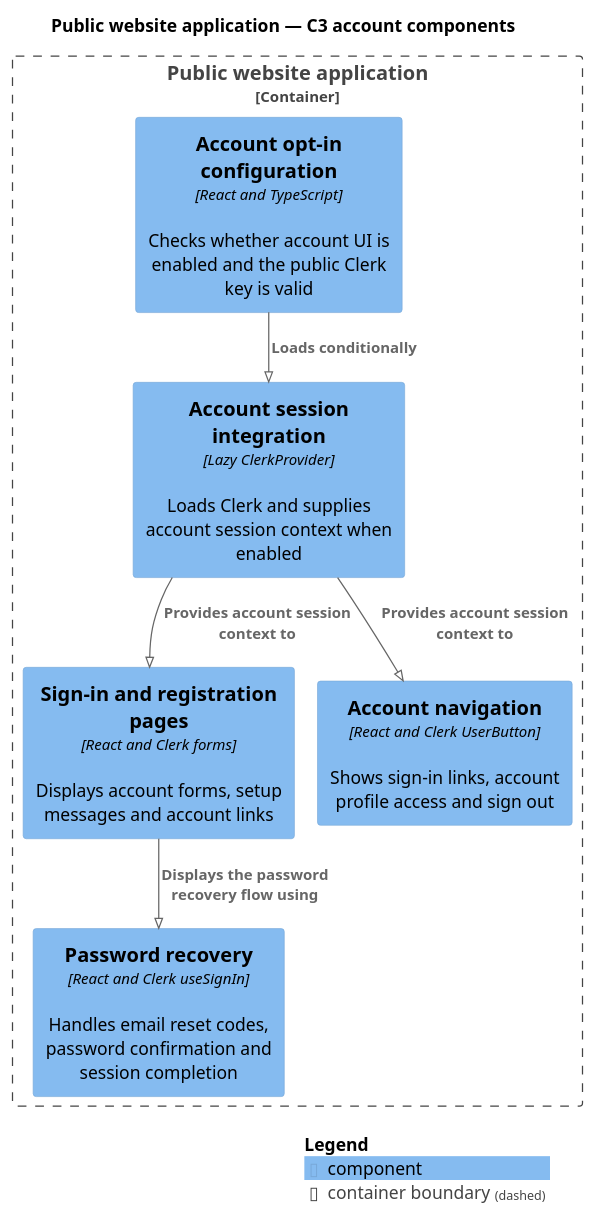
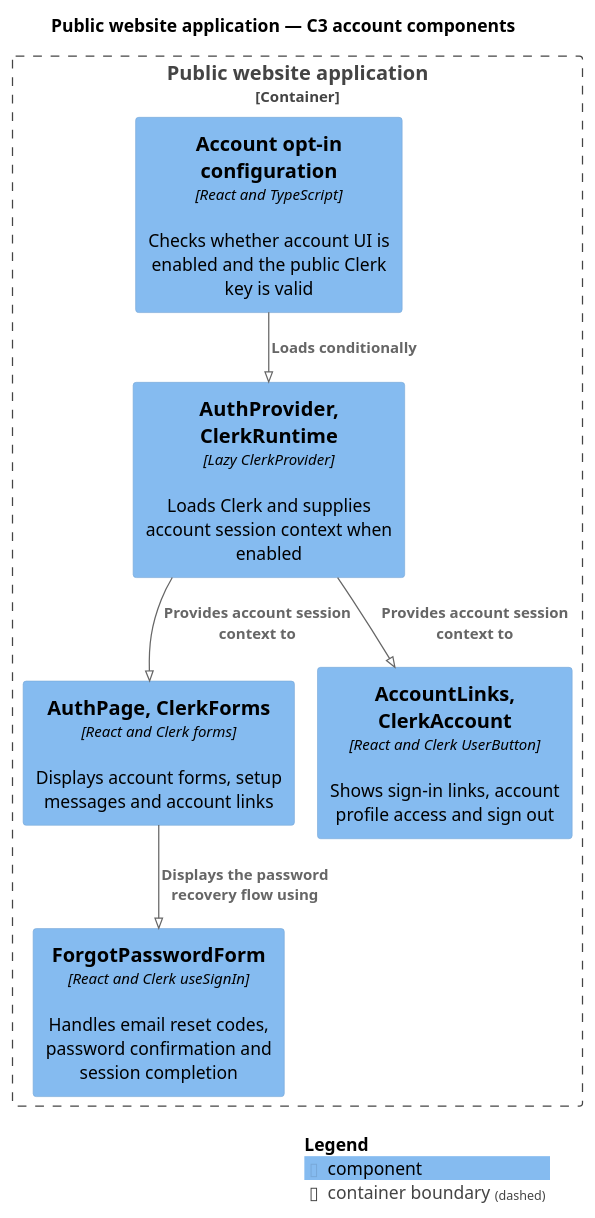
Before and after one commit to szabototo89/woodbrook-residents: the diagram in docs/handoffs/clerk-authentication/assets/c3-components.puml, drawn with PlantUML. The commit also changed 24 other files, not shown here.

First line of the commit message:
docs(architecture): name C4 components after their React components

```diff
--- a/docs/handoffs/clerk-authentication/assets/c3-components.puml
+++ b/docs/handoffs/clerk-authentication/assets/c3-components.puml
@@ -2,23 +2,23 @@
 @startuml
 !pragma layout smetana
 !include <C4/C4_Component>
 LAYOUT_TOP_DOWN()
 skinparam defaultFontName SansSerif
 skinparam nodesep 45
 skinparam ranksep 45
 title Public website application — C3 account components
 
 Container_Boundary(woodbrook_browser, "Public website application") {
   Component(auth_config, "Account opt-in configuration", "React and TypeScript", "Checks whether account UI is enabled and the public Clerk key is valid")
-  Component(auth_runtime, "Account session integration", "Lazy ClerkProvider", "Loads Clerk and supplies account session context when enabled")
-  Component(auth_pages, "Sign-in and registration pages", "React and Clerk forms", "Displays account forms, setup messages and account links")
-  Component(auth_navigation, "Account navigation", "React and Clerk UserButton", "Shows sign-in links, account profile access and sign out")
-  Component(auth_recovery, "Password recovery", "React and Clerk useSignIn", "Handles email reset codes, password confirmation and session completion")
+  Component(auth_runtime, "AuthProvider, ClerkRuntime", "Lazy ClerkProvider", "Loads Clerk and supplies account session context when enabled")
+  Component(auth_pages, "AuthPage, ClerkForms", "React and Clerk forms", "Displays account forms, setup messages and account links")
+  Component(auth_navigation, "AccountLinks, ClerkAccount", "React and Clerk UserButton", "Shows sign-in links, account profile access and sign out")
+  Component(auth_recovery, "ForgotPasswordForm", "React and Clerk useSignIn", "Handles email reset codes, password confirmation and session completion")
 }
 
 Rel(auth_config, auth_runtime, "Loads conditionally")
 Rel(auth_runtime, auth_pages, "Provides account session context to")
 Rel(auth_runtime, auth_navigation, "Provides account session context to")
 Rel(auth_pages, auth_recovery, "Displays the password recovery flow using")
 SHOW_LEGEND()
 @enduml
```
